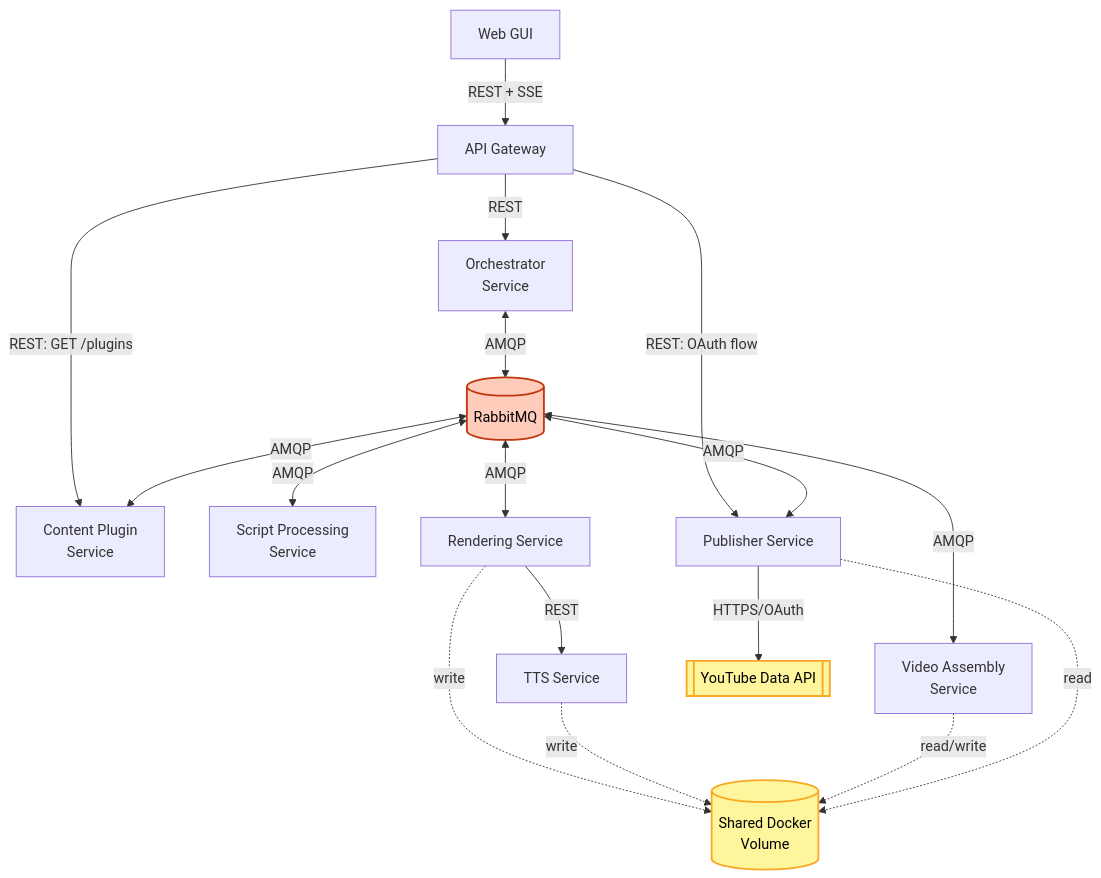
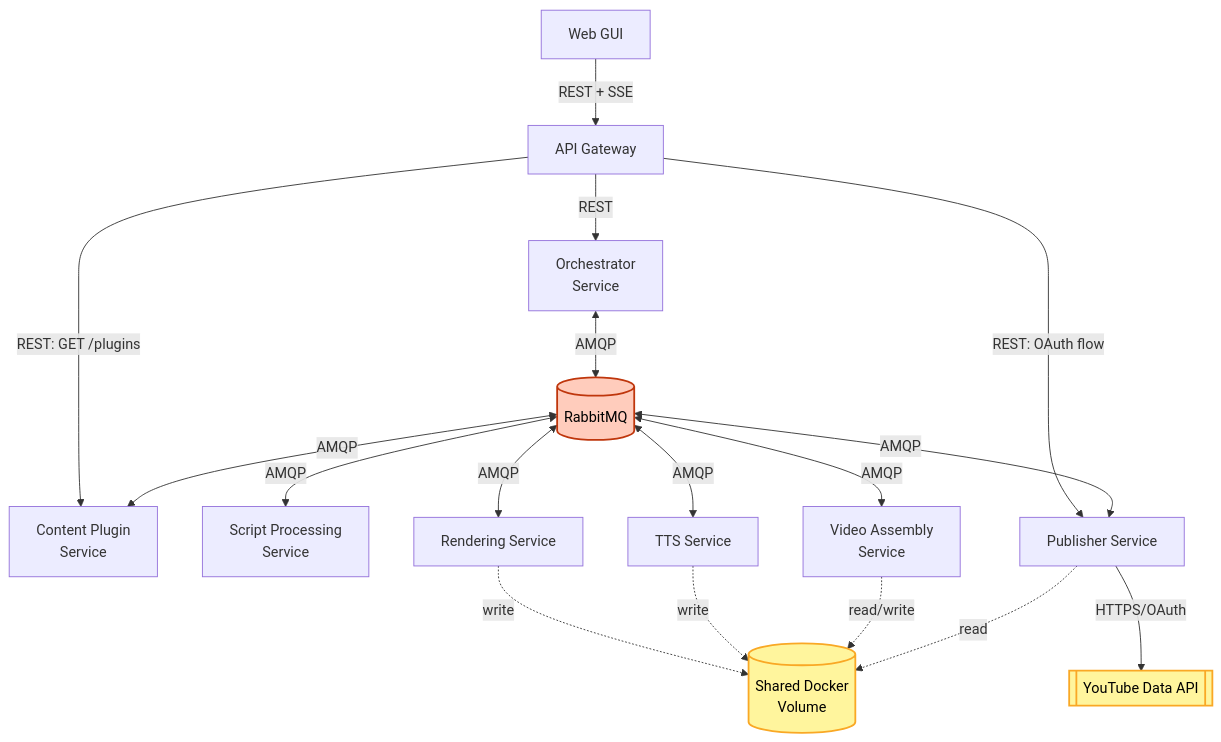
The diagram in aidlc-docs/inception/application-design/component-dependency.md (ngoc31031997/ConceptFlow), drawn with Mermaid before and after one commit. The commit also changed other lines of this file and 5 other files, not shown here.

First line of the commit message:
Fix stale Rendering<->TTS REST references missed by ADR-0014 retrofit

````diff
--- a/aidlc-docs/inception/application-design/component-dependency.md
+++ b/aidlc-docs/inception/application-design/component-dependency.md
@@ -28,38 +30,38 @@
 ```mermaid
 flowchart TB
     GUI["Web GUI"]
     GW["API Gateway"]
     ORCH["Orchestrator<br/>Service"]
     MQ[("RabbitMQ")]
     CP["Content Plugin<br/>Service"]
     SP["Script Processing<br/>Service"]
     RD["Rendering Service"]
     TTS["TTS Service"]
     VA["Video Assembly<br/>Service"]
     PB["Publisher Service"]
     VOL[("Shared Docker<br/>Volume")]
     YT[["YouTube Data API"]]
 
     GUI -->|REST + SSE| GW
     GW -->|REST| ORCH
     GW -->|REST: GET /plugins| CP
     GW -->|REST: OAuth flow| PB
 
     ORCH <-->|AMQP| MQ
     MQ <-->|AMQP| SP
     MQ <-->|AMQP| CP
     MQ <-->|AMQP| RD
+    MQ <-->|AMQP| TTS
     MQ <-->|AMQP| VA
     MQ <-->|AMQP| PB
 
-    RD -->|REST| TTS
     RD -.->|write| VOL
     TTS -.->|write| VOL
     VA -.->|read/write| VOL
     PB -.->|read| VOL
     PB -->|HTTPS/OAuth| YT
 
     style VOL fill:#FFF59D,stroke:#F9A825,stroke-width:2px,color:#000
     style YT fill:#FFF59D,stroke:#F9A825,stroke-width:2px,color:#000
     style MQ fill:#FFCCBC,stroke:#BF360C,stroke-width:2px,color:#000
 ```
````
